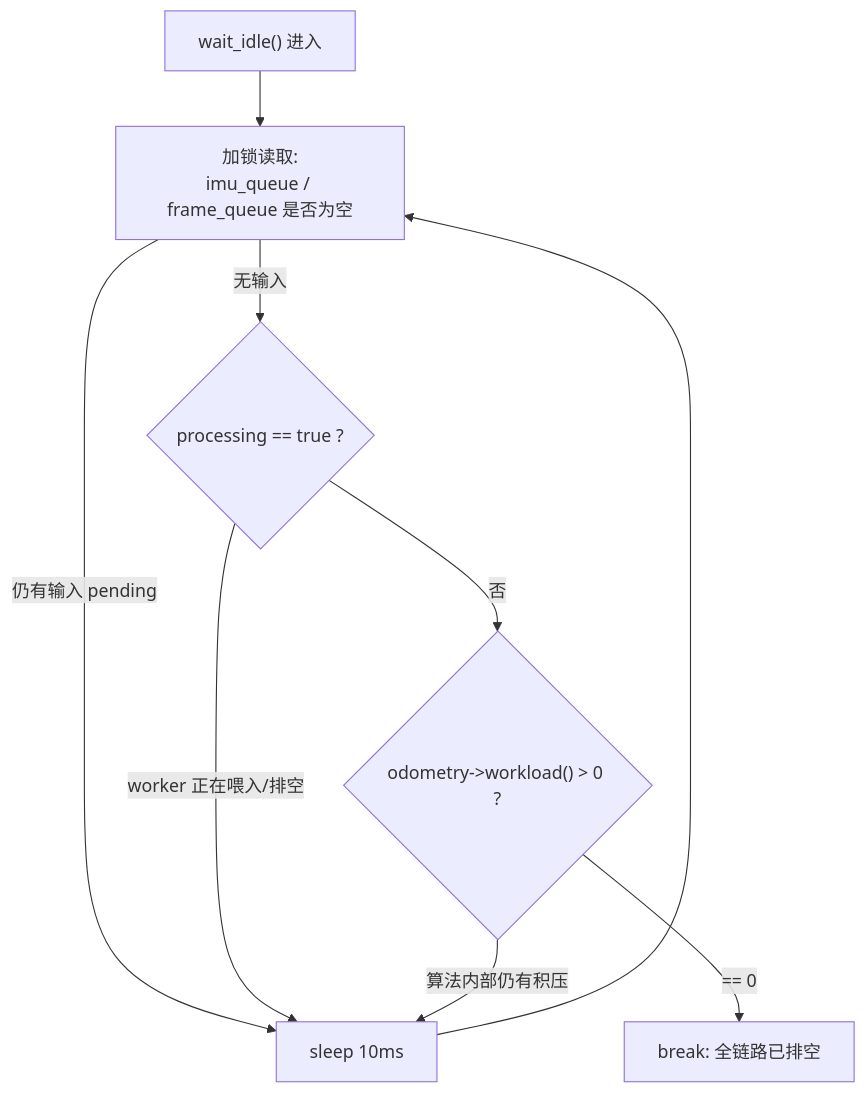
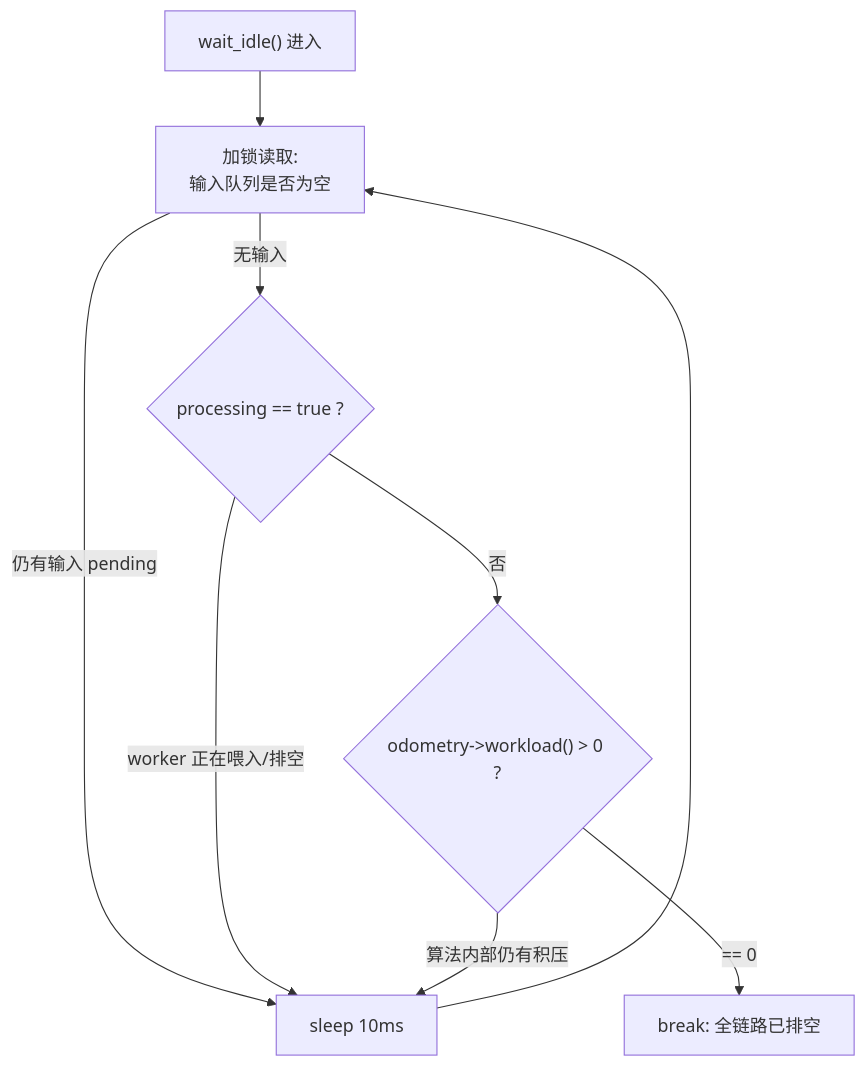
One commit to AphroraC/asuka changed the second of 2 diagrams in docs/wiki/dataflow/03.md. Above: the diagram before and after it, drawn with Mermaid. The commit also changed other lines of this file and 30 other files, not shown here.

````diff
--- a/docs/wiki/dataflow/03.md
+++ b/docs/wiki/dataflow/03.md
@@ -73,10 +69,10 @@
 ```mermaid
 flowchart TD
-    A["wait_idle() 进入"] --> B["加锁读取:<br/>imu_queue / frame_queue 是否为空"]
+    A["wait_idle() 进入"] --> B["加锁读取:<br/>输入队列是否为空"]
     B -->|"仍有输入 pending"| S["sleep 10ms"] --> B
     B -->|"无输入"| C{"processing == true ?"}
     C -->|"worker 正在喂入/排空"| S
     C -->|"否"| D{"odometry->workload() > 0 ?"}
     D -->|"算法内部仍有积压"| S
     D -->|"== 0"| E["break: 全链路已排空"]
 ```
````
